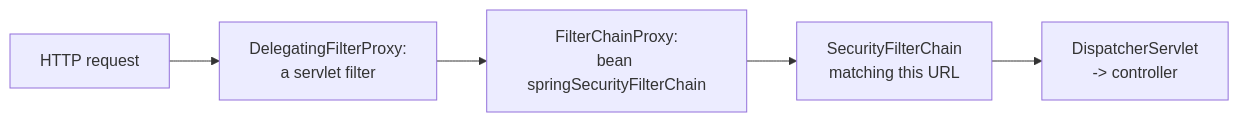
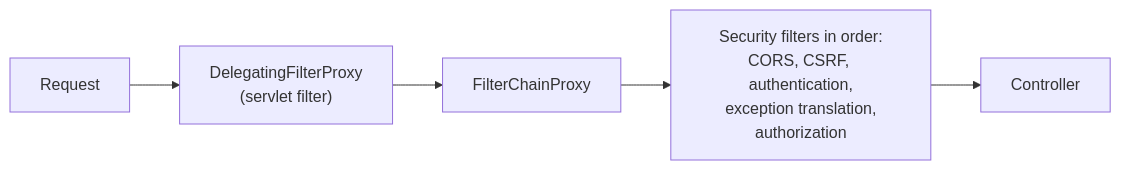
One commit to shubamchaudhary/CodeNITW changed the first of 2 diagrams in src/Data/coreStackDocs/SPRING-09.md. Above: the diagram before and after it, drawn with Mermaid. The commit also changed other lines of this file and 27 other files, not shown here.

````diff
--- a/src/Data/coreStackDocs/SPRING-09.md
+++ b/src/Data/coreStackDocs/SPRING-09.md
@@ -22,7 +18,7 @@
 ```mermaid
 flowchart LR
-    REQ["HTTP request"] --> DFP["DelegatingFilterProxy:<br/>a servlet filter"]
-    DFP --> FCP["FilterChainProxy:<br/>bean springSecurityFilterChain"]
-    FCP --> SFC["SecurityFilterChain<br/>matching this URL"]
-    SFC --> DS["DispatcherServlet<br/>-> controller"]
+    R["Request"] --> DF["DelegatingFilterProxy<br/>(servlet filter)"]
+    DF --> FCP["FilterChainProxy"]
+    FCP --> CH["Security filters in order:<br/>CORS, CSRF, authentication,<br/>exception translation,<br/>authorization"]
+    CH --> C["Controller"]
 ```
````
